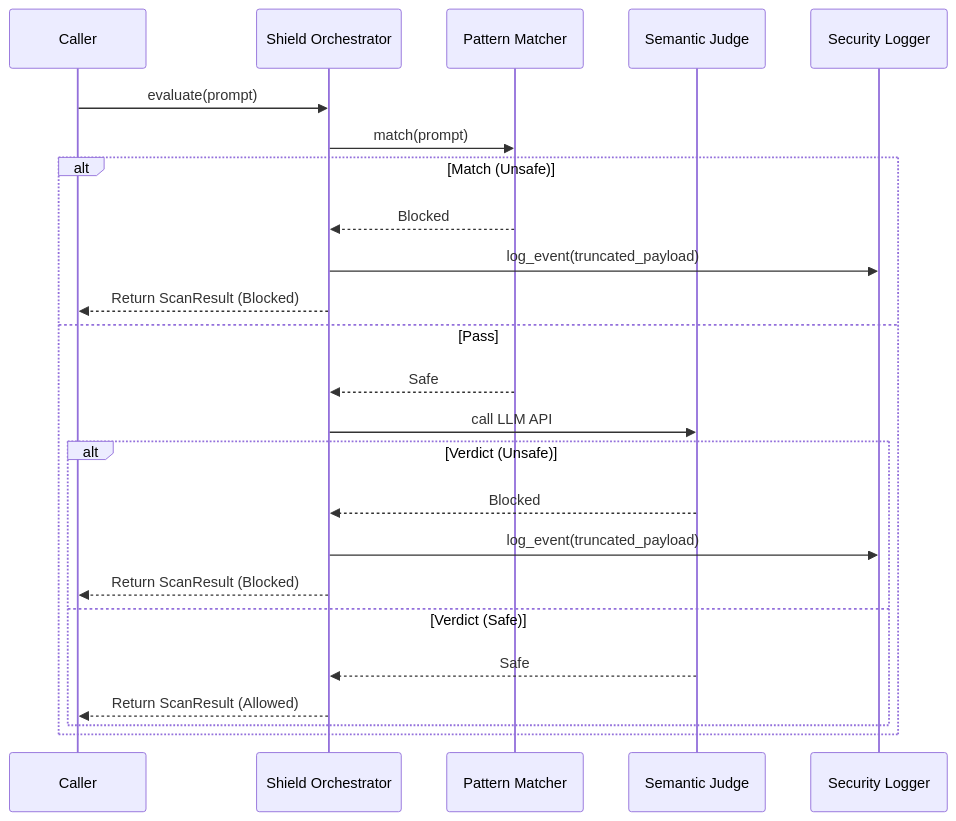
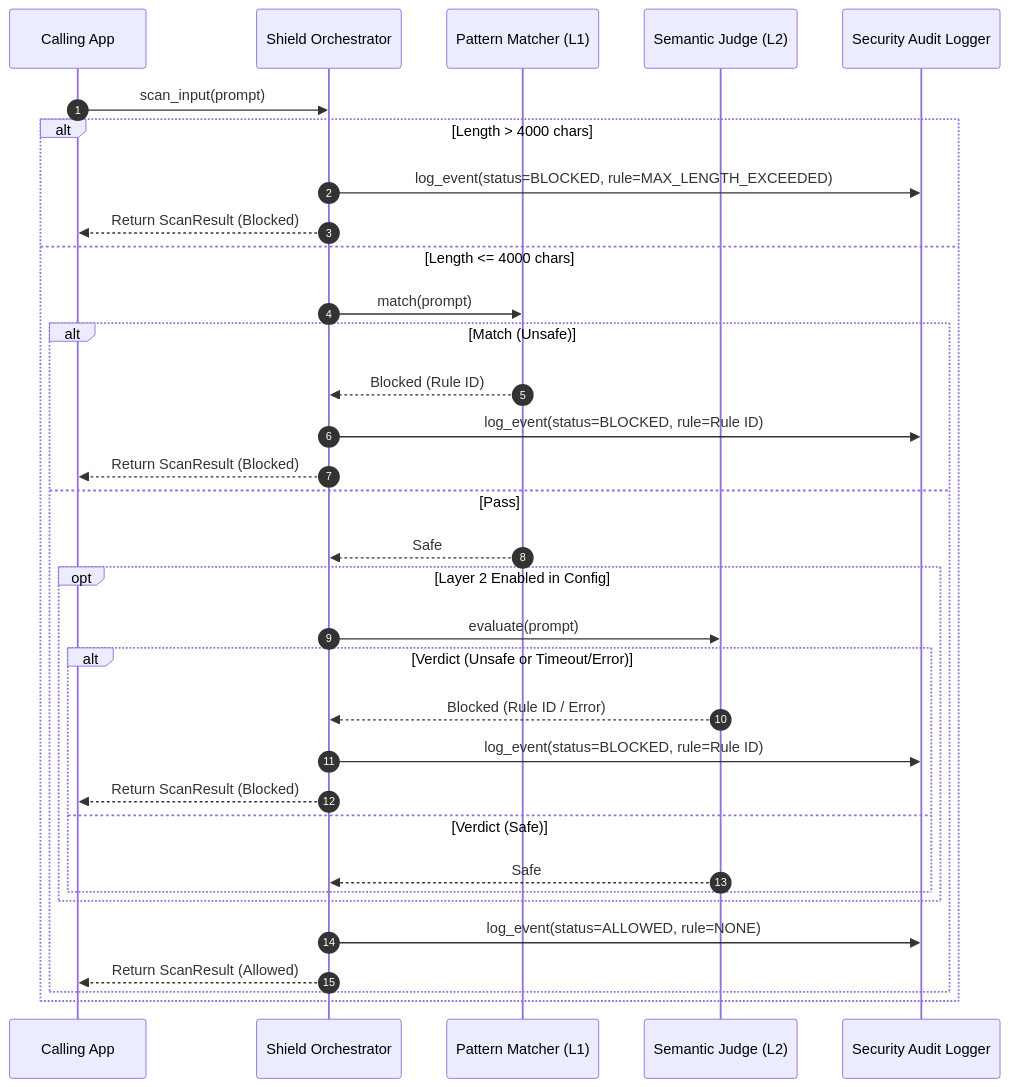
The second of 2 diagrams in docs/hld.md (msanchit-dev/llm-shield), drawn with Mermaid before and after one commit. The commit also changed other lines of this file, not shown here.

````diff
--- a/docs/hld.md
+++ b/docs/hld.md
@@ -61,29 +92,37 @@
 ```mermaid
 sequenceDiagram
-    participant C as Caller
-    participant S as Shield Orchestrator
-    participant P as Pattern Matcher
-    participant J as Semantic Judge
-    participant L as Security Logger
+    autonumber
+    participant Caller as Calling App
+    participant Orch as Shield Orchestrator
+    participant L1 as Pattern Matcher (L1)
+    participant L2 as Semantic Judge (L2)
+    participant Log as Security Audit Logger
 
-    C->>S: evaluate(prompt)
-    S->>P: match(prompt)
-    
-    alt Match (Unsafe)
-        P-->>S: Blocked
-        S->>L: log_event(truncated_payload)
-        S-->>C: Return ScanResult (Blocked)
-    else Pass
-        P-->>S: Safe
-        S->>J: call LLM API
-        
-        alt Verdict (Unsafe)
-            J-->>S: Blocked
-            S->>L: log_event(truncated_payload)
-            S-->>C: Return ScanResult (Blocked)
-        else Verdict (Safe)
-            J-->>S: Safe
-            S-->>C: Return ScanResult (Allowed)
+    Caller->>Orch: scan_input(prompt)
+    alt Length > 4000 chars
+        Orch->>Log: log_event(status=BLOCKED, rule=MAX_LENGTH_EXCEEDED)
+        Orch-->>Caller: Return ScanResult (Blocked)
+    else Length <= 4000 chars
+        Orch->>L1: match(prompt)
+        alt Match (Unsafe)
+            L1-->>Orch: Blocked (Rule ID)
+            Orch->>Log: log_event(status=BLOCKED, rule=Rule ID)
+            Orch-->>Caller: Return ScanResult (Blocked)
+        else Pass
+            L1-->>Orch: Safe
+            opt Layer 2 Enabled in Config
+                Orch->>L2: evaluate(prompt)
+                alt Verdict (Unsafe or Timeout/Error)
+                    L2-->>Orch: Blocked (Rule ID / Error)
+                    Orch->>Log: log_event(status=BLOCKED, rule=Rule ID)
+                    Orch-->>Caller: Return ScanResult (Blocked)
+                else Verdict (Safe)
+                    L2-->>Orch: Safe
+                end
+            end
+            Orch->>Log: log_event(status=ALLOWED, rule=NONE)
+            Orch-->>Caller: Return ScanResult (Allowed)
         end
     end
+
 ```
````
